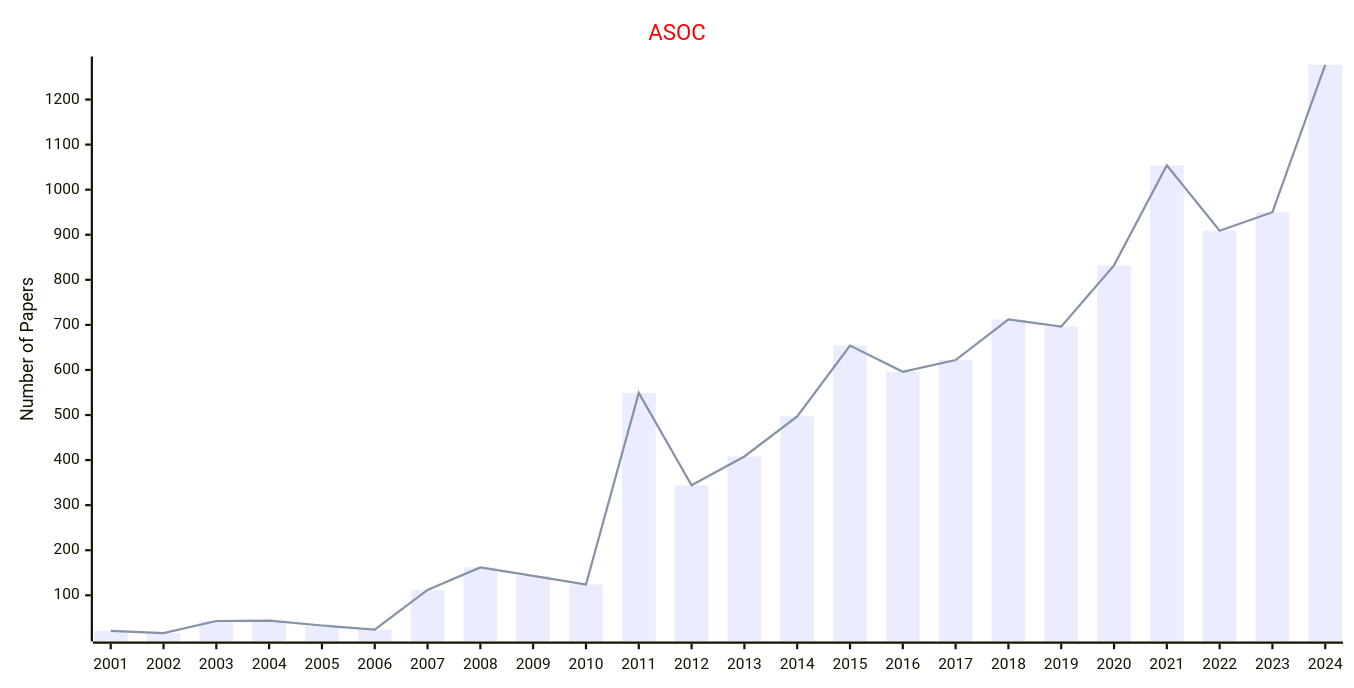
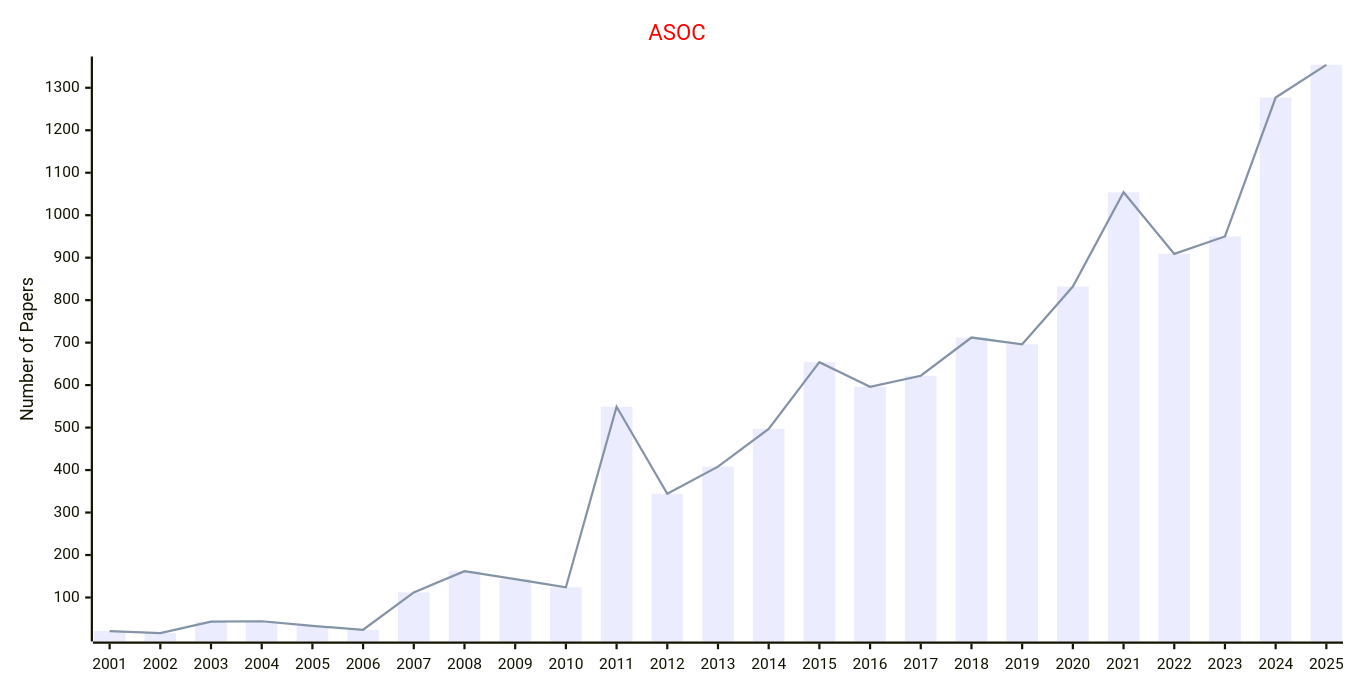
Before and after one commit to Easy-PhD/AILinks: the second of 15 diagrams in docs/data/Journals/Statistics_Journals/Evolutionary_Computation.md, drawn with Mermaid. The commit also changed other lines of this file and 107 other files, not shown here.

````diff
--- a/docs/data/Journals/Statistics_Journals/Evolutionary_Computation.md
+++ b/docs/data/Journals/Statistics_Journals/Evolutionary_Computation.md
@@ -33,17 +33,17 @@
 ```mermaid
 ---
 config:
     xyChart:
         width: 1200
         height: 600
     themeVariables:
         xyChart:
             titleColor: "#ff0000"
 ---
 xychart-beta
     title "ASOC"
-    x-axis [2001, 2002, 2003, 2004, 2005, 2006, 2007, 2008, 2009, 2010, 2011, 2012, 2013, 2014, 2015, 2016, 2017, 2018, 2019, 2020, 2021, 2022, 2023, 2024]
+    x-axis [2001, 2002, 2003, 2004, 2005, 2006, 2007, 2008, 2009, 2010, 2011, 2012, 2013, 2014, 2015, 2016, 2017, 2018, 2019, 2020, 2021, 2022, 2023, 2024, 2025]
     y-axis "Number of Papers"
-    bar [21, 16, 43, 44, 33, 24, 112, 162, 143, 124, 549, 344, 408, 497, 654, 596, 622, 712, 696, 832, 1054, 909, 950, 1277]
-    line [21, 16, 43, 44, 33, 24, 112, 162, 143, 124, 549, 344, 408, 497, 654, 596, 622, 712, 696, 832, 1054, 909, 950, 1277]
+    bar [21, 16, 43, 44, 33, 24, 112, 162, 143, 124, 549, 344, 408, 497, 654, 596, 622, 712, 696, 832, 1054, 909, 950, 1277, 1354]
+    line [21, 16, 43, 44, 33, 24, 112, 162, 143, 124, 549, 344, 408, 497, 654, 596, 622, 712, 696, 832, 1054, 909, 950, 1277, 1354]
 ```
````
